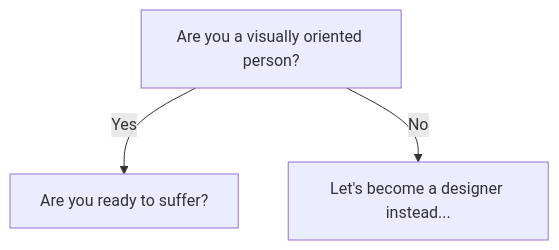
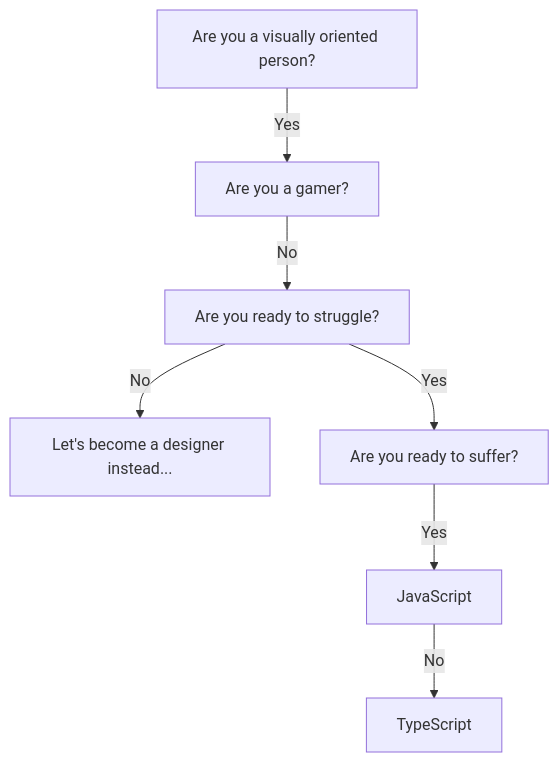
Before and after one commit to ykdojo/OpenStream: the diagram in chart.md, drawn with Mermaid.

````diff
--- a/chart.md
+++ b/chart.md
@@ -1,5 +1,9 @@
 ```mermaid
 graph TD;
-    A[Are you a visually oriented person?] -->|Yes| B[Are you ready to suffer?]
-    A -->|No| C[Let's become a designer instead...]
+    A[Are you a visually oriented person?] --> |Yes| Gamer[Are you a gamer?]
+    Gamer --> |No| B[Are you ready to struggle?]
+    B --> |No| C[Let's become a designer instead...]
+    B --> |Yes| D[Are you ready to suffer?]
+    D --> |Yes| E[JavaScript]
+    E --> |No| F[TypeScript]
 ```
````
